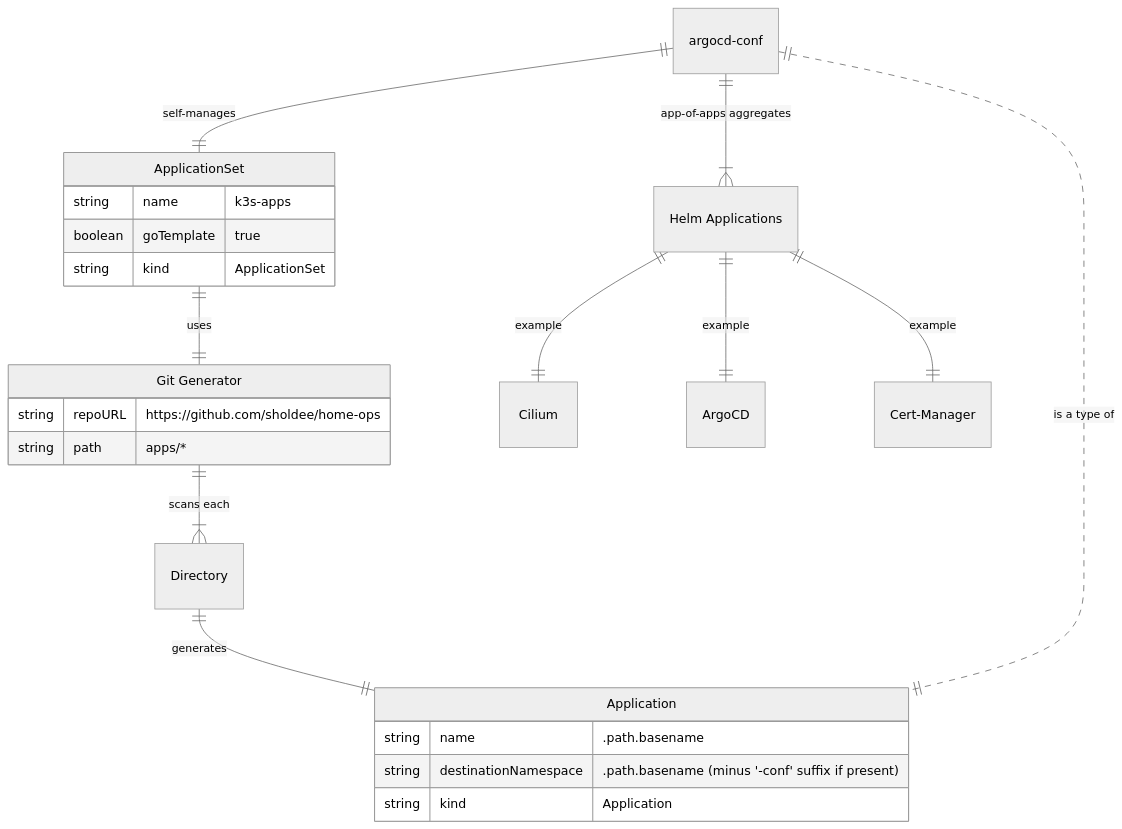
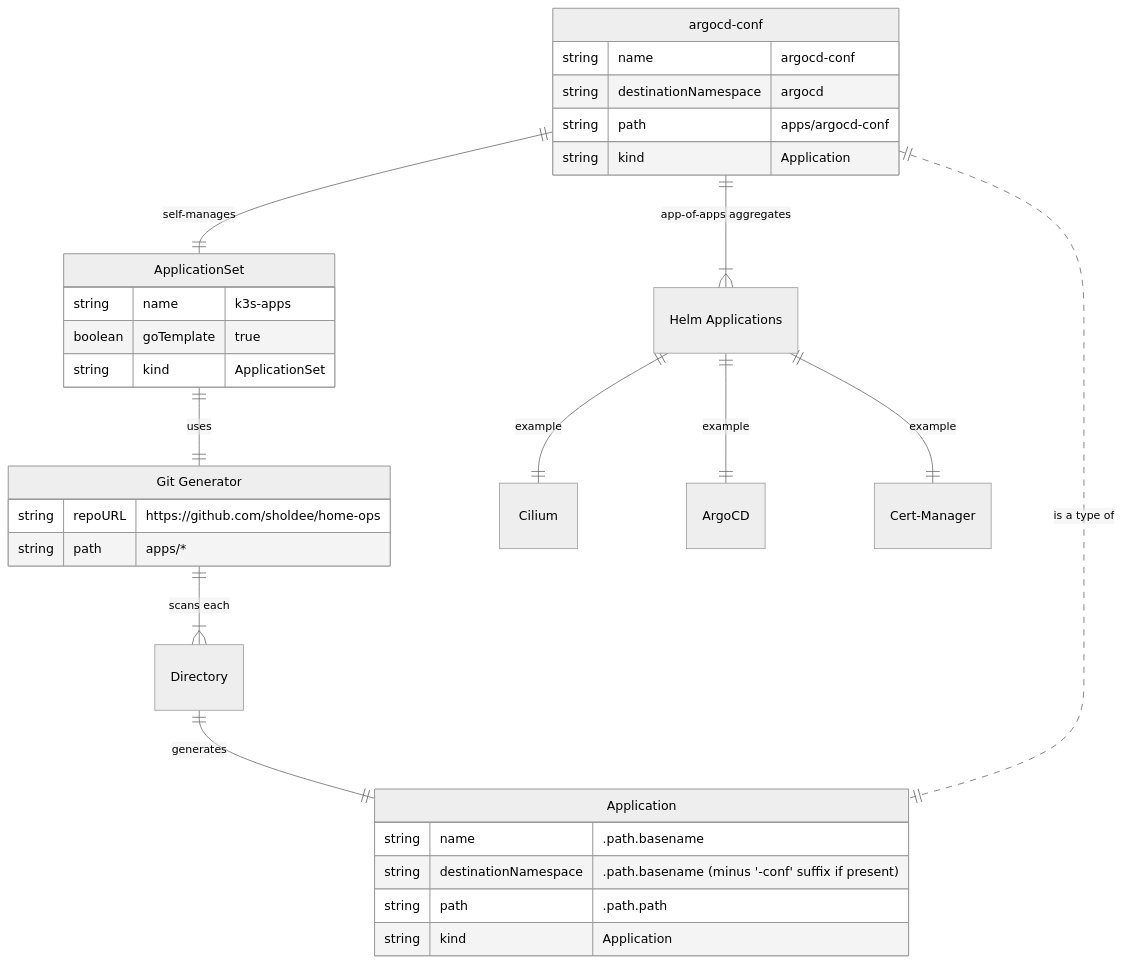
Before and after one commit to sholdee/home-ops: the diagram in README.md, drawn with Mermaid (neutral theme).

````diff
--- a/README.md
+++ b/README.md
@@ -52,33 +52,39 @@
 ```mermaid
 erDiagram
     ApplicationSet {
       string name "k3s-apps"
       boolean goTemplate "true"
       string kind "ApplicationSet"
     }
     "Git Generator" {
       string repoURL "https://github.com/sholdee/home-ops"
       string path "apps/*"
     }
     Directory
     Application {
       string name ".path.basename"
       string destinationNamespace ".path.basename (minus '-conf' suffix if present)"
+      string path ".path.path"
       string kind "Application"
     }
-    argocd-conf
+    argocd-conf {
+      string name "argocd-conf"
+      string destinationNamespace "argocd"
+      string path "apps/argocd-conf"
+      string kind "Application"
+    }
     "Helm Applications"
     Cilium
     ArgoCD
     Cert-Manager
 
     ApplicationSet ||--|| "Git Generator" : "uses"
     "Git Generator" ||--|{ Directory : "scans each"
     Directory ||--|| Application : "generates"
     argocd-conf ||..|| Application : "is a type of"
     argocd-conf ||--|{ "Helm Applications" : "app-of-apps aggregates"
     "Helm Applications" ||--|| Cilium : "example"
     "Helm Applications" ||--|| ArgoCD : "example"
     "Helm Applications" ||--|| Cert-Manager : "example"
     argocd-conf ||--|| ApplicationSet : "self-manages"
 ```
````
